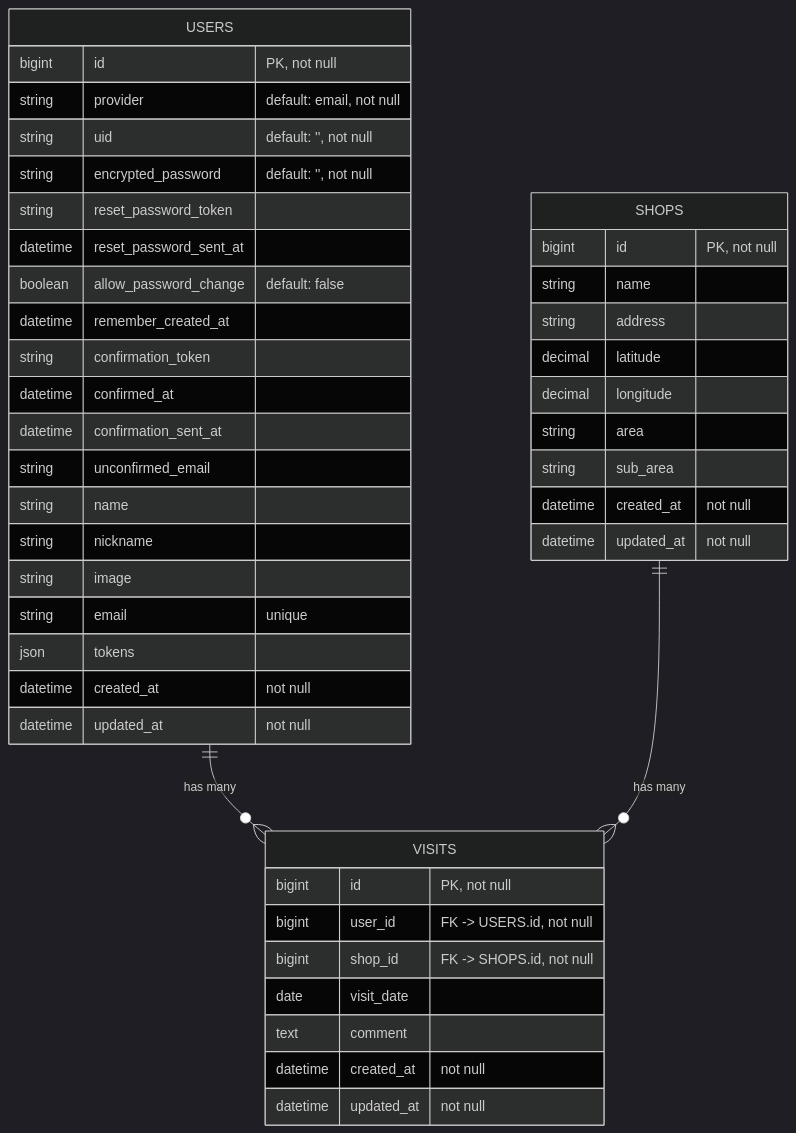
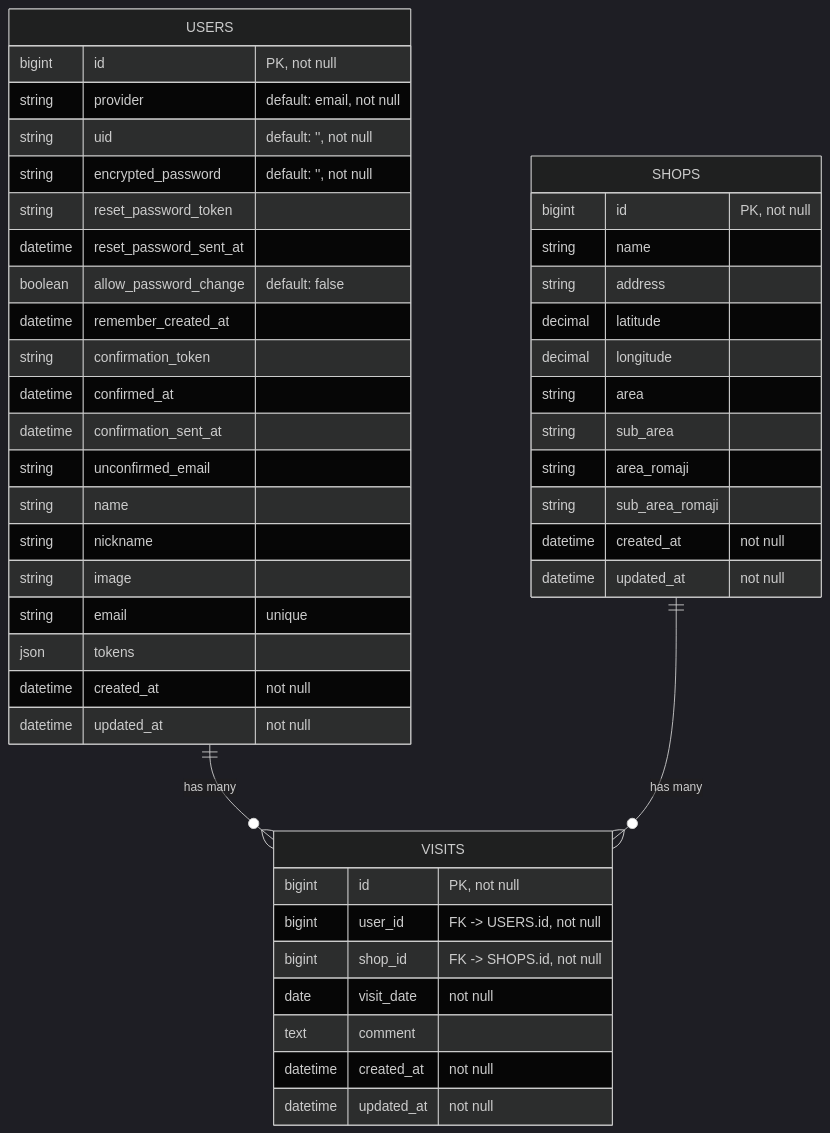
Before and after one commit to muranakaaa/secoma-record: the diagram in README.md, drawn with Mermaid (dark theme).

````diff
--- a/README.md
+++ b/README.md
@@ -77,50 +77,51 @@
 ```mermaid
 erDiagram
     USERS {
         bigint id "PK, not null"
         string provider "default: email, not null"
         string uid "default: '', not null"
         string encrypted_password "default: '', not null"
         string reset_password_token
         datetime reset_password_sent_at
         boolean allow_password_change "default: false"
         datetime remember_created_at
         string confirmation_token
         datetime confirmed_at
         datetime confirmation_sent_at
         string unconfirmed_email
         string name
         string nickname
         string image
         string email "unique"
         json tokens
         datetime created_at "not null"
         datetime updated_at "not null"
     }
     
     SHOPS {
         bigint id "PK, not null"
         string name
         string address
         decimal latitude
         decimal longitude
         string area
         string sub_area
+        string area_romaji
+        string sub_area_romaji
         datetime created_at "not null"
         datetime updated_at "not null"
     }
     
     VISITS {
         bigint id "PK, not null"
         bigint user_id "FK -> USERS.id, not null"
         bigint shop_id "FK -> SHOPS.id, not null"
-        date visit_date
+        date visit_date "not null"
         text comment
         datetime created_at "not null"
         datetime updated_at "not null"
     }
     
     USERS ||--o{ VISITS : "has many"
     SHOPS ||--o{ VISITS : "has many"
-
 ```
````
